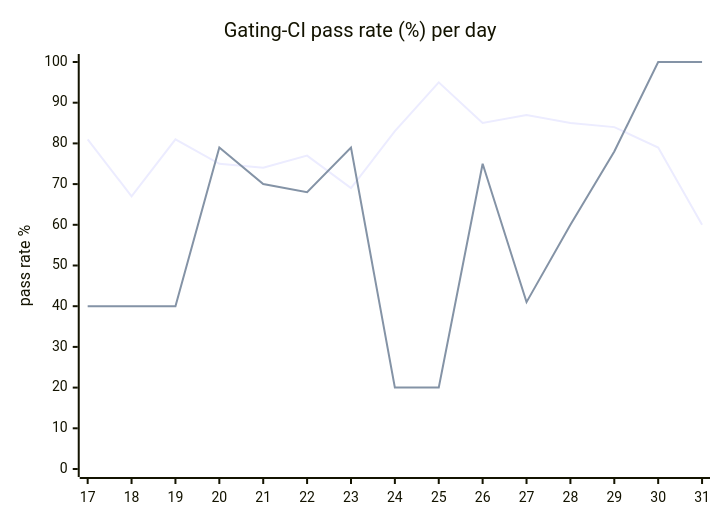
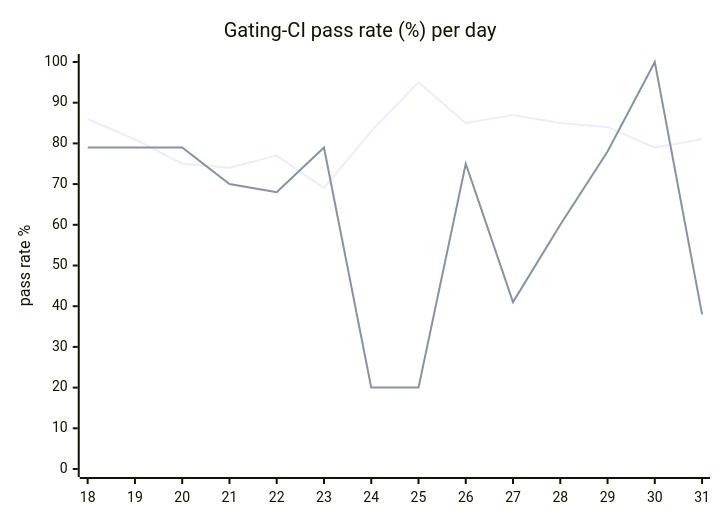
Before and after one commit to hatchet-dev/hatchet: the diagram in hack/ci/ci-dashboard/staging/issue.md, drawn with Mermaid. The commit also changed other lines of this file, not shown here.

````diff
--- a/hack/ci/ci-dashboard/staging/issue.md
+++ b/hack/ci/ci-dashboard/staging/issue.md
@@ -9,8 +9,8 @@
 ```mermaid
 xychart-beta
   title "Gating-CI pass rate (%) per day"
-  x-axis [17, 18, 19, 20, 21, 22, 23, 24, 25, 26, 27, 28, 29, 30, 31]
+  x-axis [18, 19, 20, 21, 22, 23, 24, 25, 26, 27, 28, 29, 30, 31]
   y-axis "pass rate %" 0 --> 100
-  line "CI" [81, 67, 81, 75, 74, 77, 69, 83, 95, 85, 87, 85, 84, 79, 60]
-  line "main" [40, 40, 40, 79, 70, 68, 79, 20, 20, 75, 41, 60, 78, 100, 100]
+  line "CI" [86, 81, 75, 74, 77, 69, 83, 95, 85, 87, 85, 84, 79, 81]
+  line "main" [79, 79, 79, 70, 68, 79, 20, 20, 75, 41, 60, 78, 100, 38]
 ```
````
